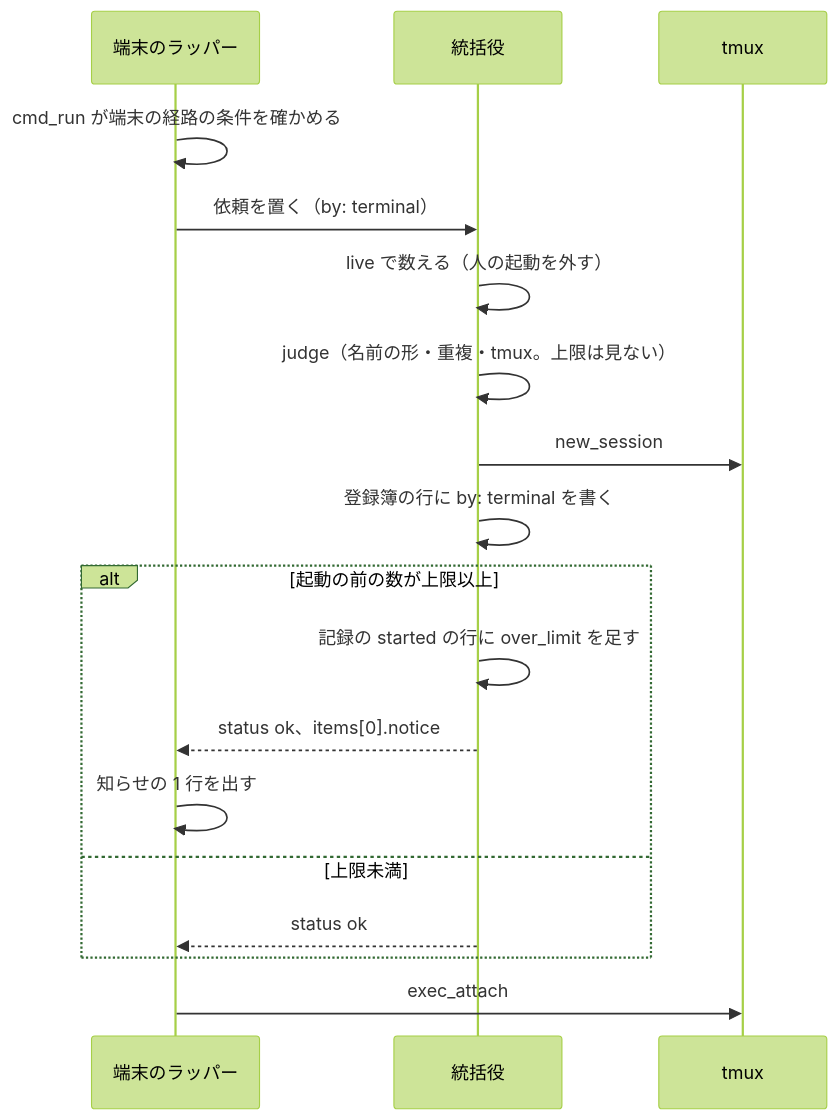
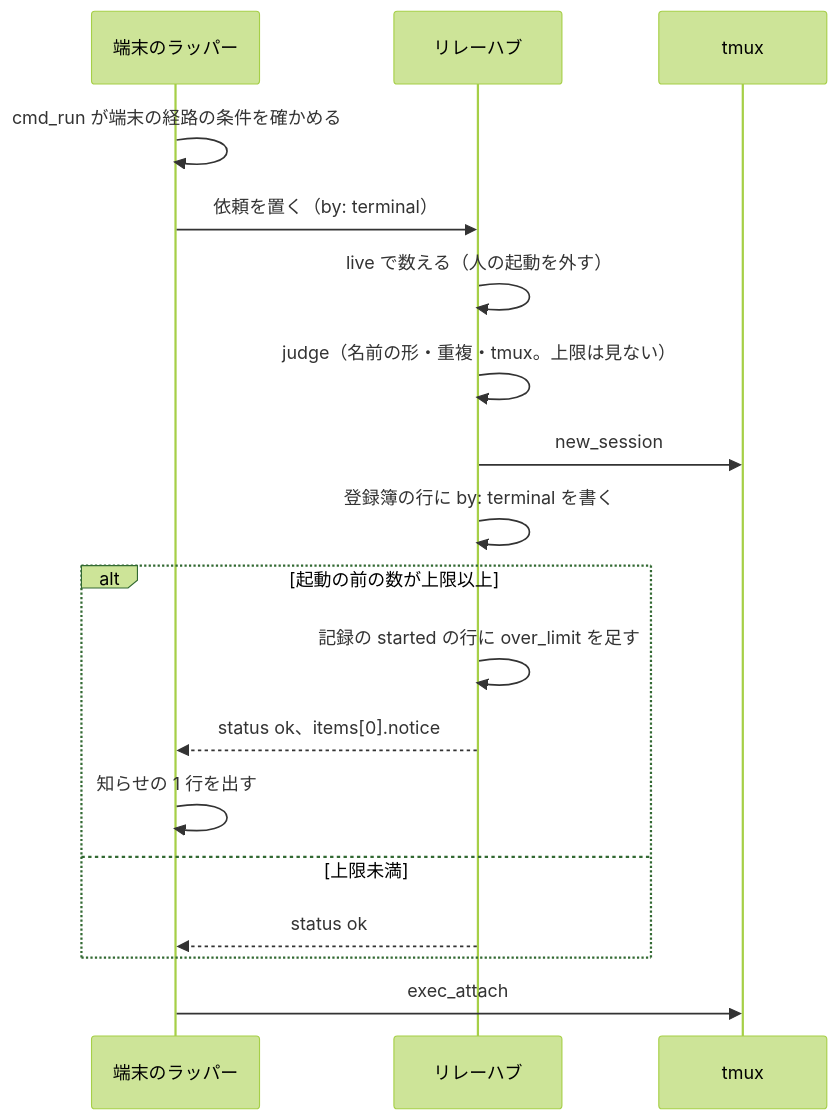
Before and after one commit to devbasex/ai-plugins: the third of 3 diagrams in issues/issue-2862-design.md, drawn with Mermaid (forest theme). The commit also changed other lines of this file and 3 other files, not shown here.

First line of the commit message:
Docs: 廃語の「統括役」を「リレーハブ」へ置き換える（#2862）

````diff
--- a/issues/issue-2862-design.md
+++ b/issues/issue-2862-design.md
@@ -182,20 +182,20 @@
 ```mermaid
 sequenceDiagram
     participant T as 端末のラッパー
-    participant H as 統括役
+    participant H as リレーハブ
     participant X as tmux
     T->>T: cmd_run が端末の経路の条件を確かめる
     T->>H: 依頼を置く（by: terminal）
     H->>H: live で数える（人の起動を外す）
     H->>H: judge（名前の形・重複・tmux。上限は見ない）
     H->>X: new_session
     H->>H: 登録簿の行に by: terminal を書く
     alt 起動の前の数が上限以上
         H->>H: 記録の started の行に over_limit を足す
         H-->>T: status ok、items[0].notice
         T->>T: 知らせの 1 行を出す
     else 上限未満
         H-->>T: status ok
     end
     T->>X: exec_attach
 ```
````
